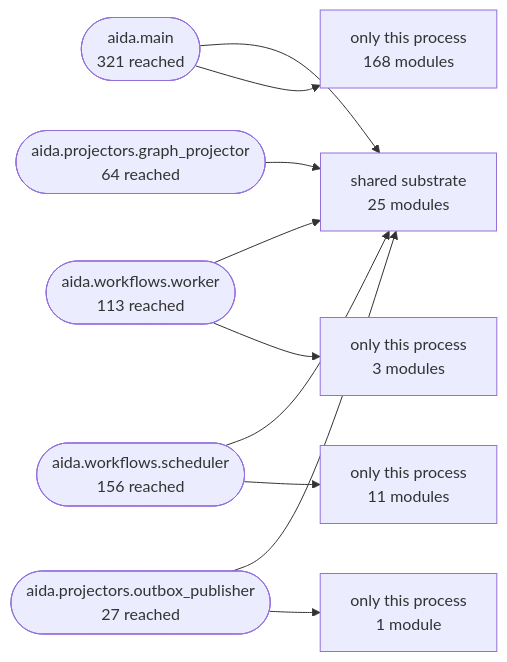
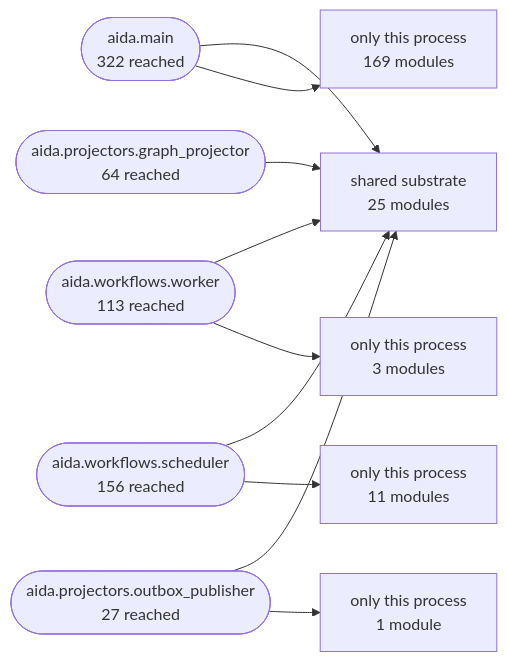
One commit to karuppusamym/AIDataAnalyst changed the second of 3 diagrams in Docs/10-architecture/14-generated-architecture-map.md. Above: the diagram before and after it, drawn with Mermaid. The commit also changed other lines of this file and 17 other files, not shown here.

````diff
--- a/Docs/10-architecture/14-generated-architecture-map.md
+++ b/Docs/10-architecture/14-generated-architecture-map.md
@@ -172,22 +172,22 @@
 ```mermaid
 graph LR
   shared["shared substrate<br/>25 modules"]
-  aida_main(["aida.main<br/>321 reached"])
+  aida_main(["aida.main<br/>322 reached"])
   aida_workflows_worker(["aida.workflows.worker<br/>113 reached"])
   aida_workflows_scheduler(["aida.workflows.scheduler<br/>156 reached"])
   aida_projectors_graph_projector(["aida.projectors.graph_projector<br/>64 reached"])
   aida_projectors_outbox_publisher(["aida.projectors.outbox_publisher<br/>27 reached"])
   aida_main --> shared
-  only_aida_main["only this process<br/>168 modules"]
+  only_aida_main["only this process<br/>169 modules"]
   aida_main --> only_aida_main
   aida_workflows_worker --> shared
   only_aida_workflows_worker["only this process<br/>3 modules"]
   aida_workflows_worker --> only_aida_workflows_worker
   aida_workflows_scheduler --> shared
   only_aida_workflows_scheduler["only this process<br/>11 modules"]
   aida_workflows_scheduler --> only_aida_workflows_scheduler
   aida_projectors_graph_projector --> shared
   aida_projectors_outbox_publisher --> shared
   only_aida_projectors_outbox_publisher["only this process<br/>1 module"]
   aida_projectors_outbox_publisher --> only_aida_projectors_outbox_publisher
 ```
````
